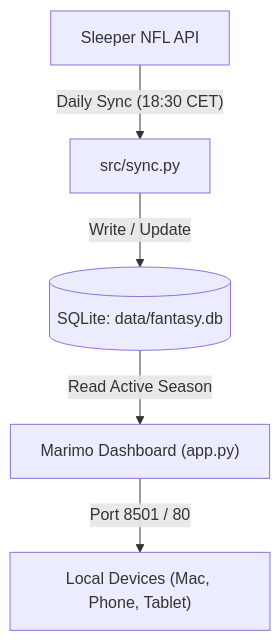
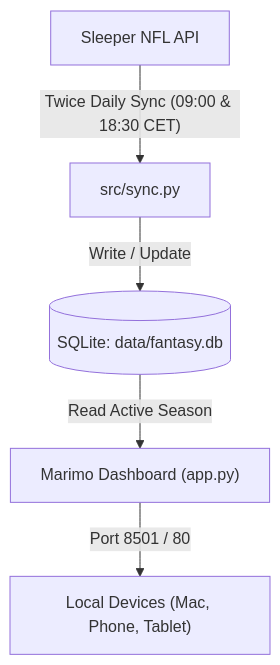
Before and after one commit to Sunkarr/NFL-Fantasy: the first of 2 diagrams in README.md, drawn with Mermaid. The commit also changed other lines of this file and 1 other file, not shown here.

Commit message:
Configure dual daily sync at 09:00 and 18:30 CET

````diff
--- a/README.md
+++ b/README.md
@@ -20,7 +20,7 @@
 ```mermaid
 flowchart TD
-    SleeperAPI["Sleeper NFL API"] -->|"Daily Sync (18:30 CET)"| Sync["src/sync.py"]
+    SleeperAPI["Sleeper NFL API"] -->|"Twice Daily Sync (09:00 & 18:30 CET)"| Sync["src/sync.py"]
     Sync -->|"Write / Update"| DB[("SQLite: data/fantasy.db")]
     DB -->|"Read Active Season"| Marimo["Marimo Dashboard (app.py)"]
     Marimo -->|"Port 8501 / 80"| Client["Local Devices (Mac, Phone, Tablet)"]
 ```
````
